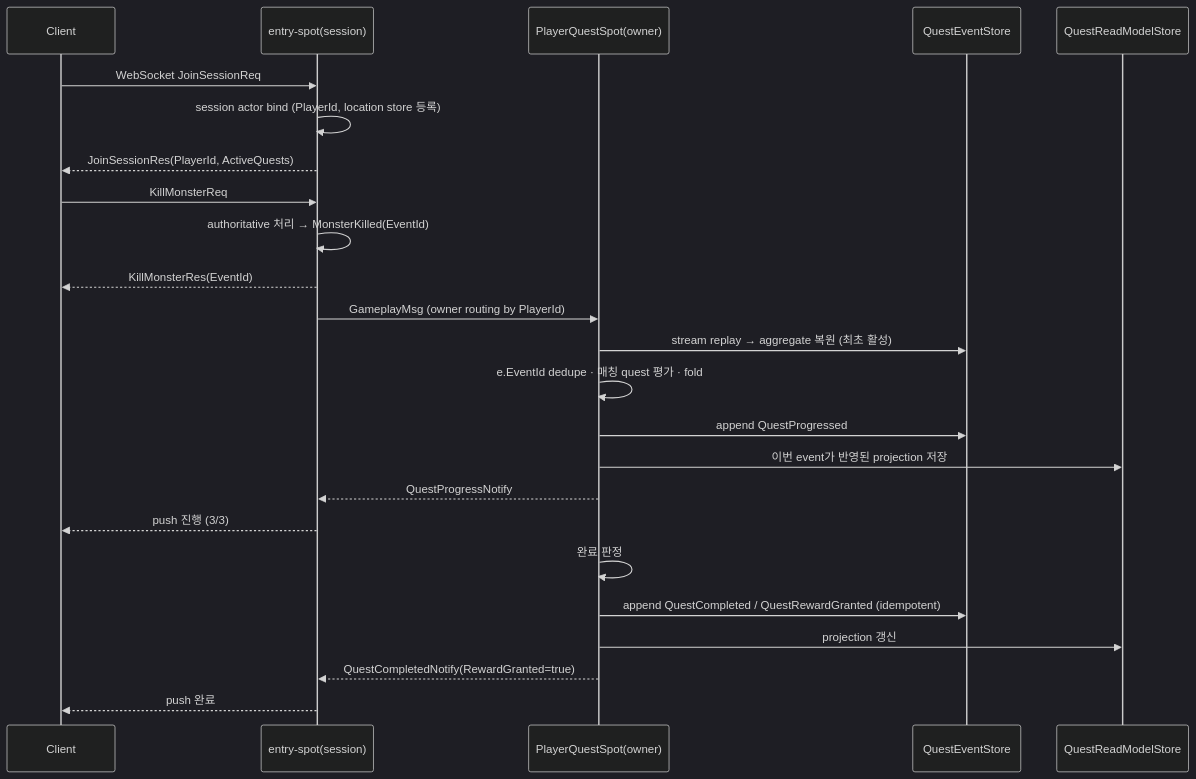
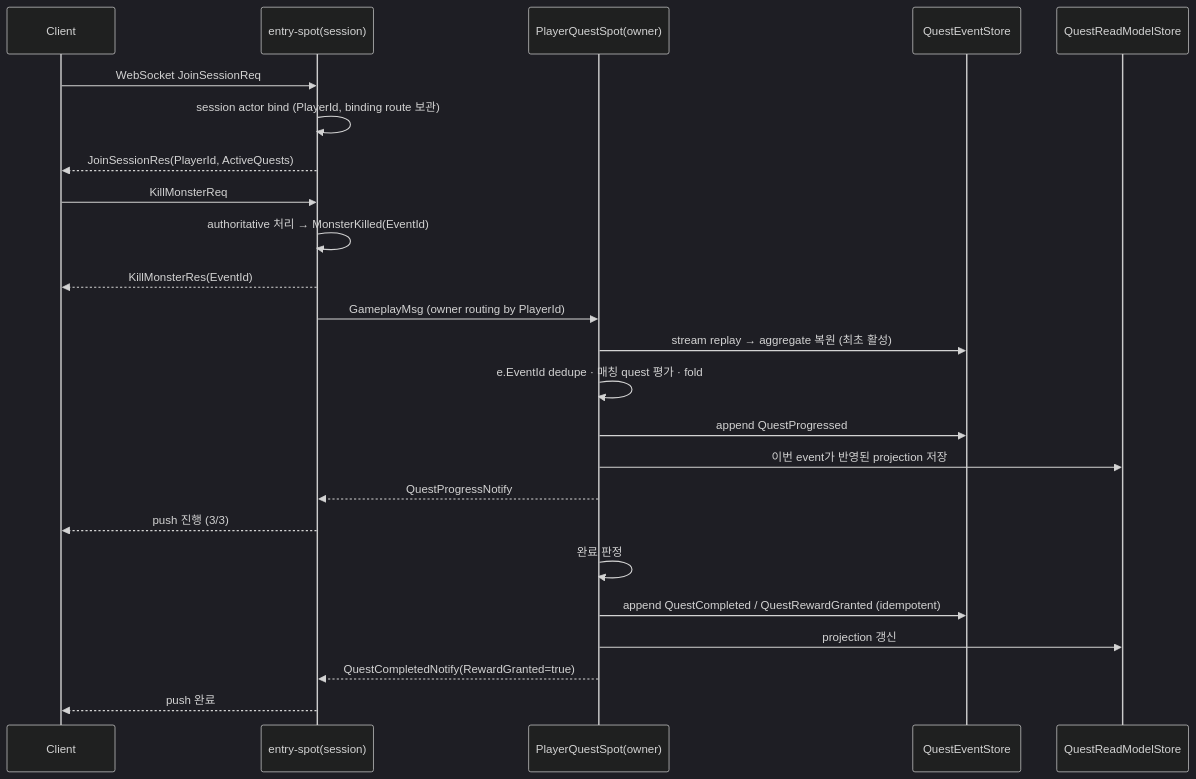
The seventh of 7 diagrams in framework/doc/framework/common/sample/event/gamequest.ko.md (kairos-code-dev/zlink), drawn with Mermaid (dark theme) before and after one commit. The commit also changed other lines of this file and 34 other files, not shown here.

````diff
--- a/framework/doc/framework/common/sample/event/gamequest.ko.md
+++ b/framework/doc/framework/common/sample/event/gamequest.ko.md
@@ -597,30 +598,30 @@
 ```mermaid
 sequenceDiagram
     participant C as Client
     participant ES as entry-spot(session)
     participant P as PlayerQuestSpot(owner)
     participant EVS as QuestEventStore
     participant RM as QuestReadModelStore
 
     C->>ES: WebSocket JoinSessionReq
-    ES->>ES: session actor bind (PlayerId, location store 등록)
+    ES->>ES: session actor bind (PlayerId, binding route 보관)
     ES-->>C: JoinSessionRes(PlayerId, ActiveQuests)
 
     C->>ES: KillMonsterReq
     ES->>ES: authoritative 처리 → MonsterKilled(EventId)
     ES-->>C: KillMonsterRes(EventId)
     ES->>P: GameplayMsg (owner routing by PlayerId)
 
     P->>EVS: stream replay → aggregate 복원 (최초 활성)
     P->>P: e.EventId dedupe · 매칭 quest 평가 · fold
     P->>EVS: append QuestProgressed
     P->>RM: 이번 event가 반영된 projection 저장
     P-->>ES: QuestProgressNotify
     ES-->>C: push 진행 (3/3)
 
     P->>P: 완료 판정
     P->>EVS: append QuestCompleted / QuestRewardGranted (idempotent)
     P->>RM: projection 갱신
     P-->>ES: QuestCompletedNotify(RewardGranted=true)
     ES-->>C: push 완료
 ```
````
